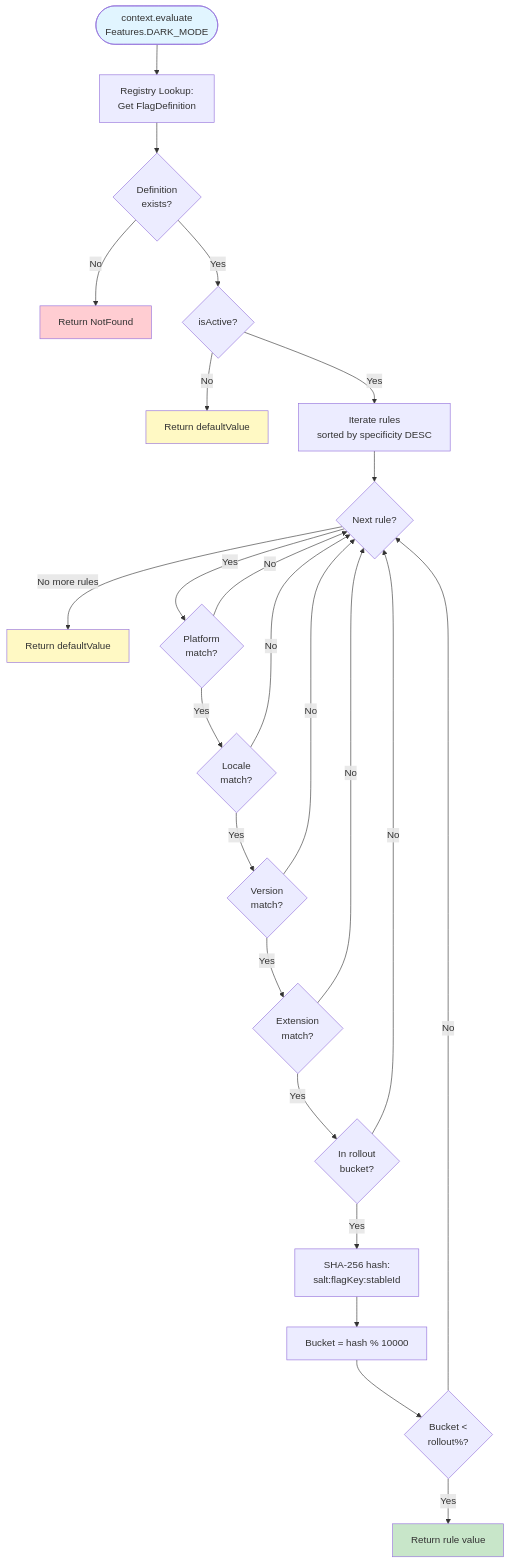
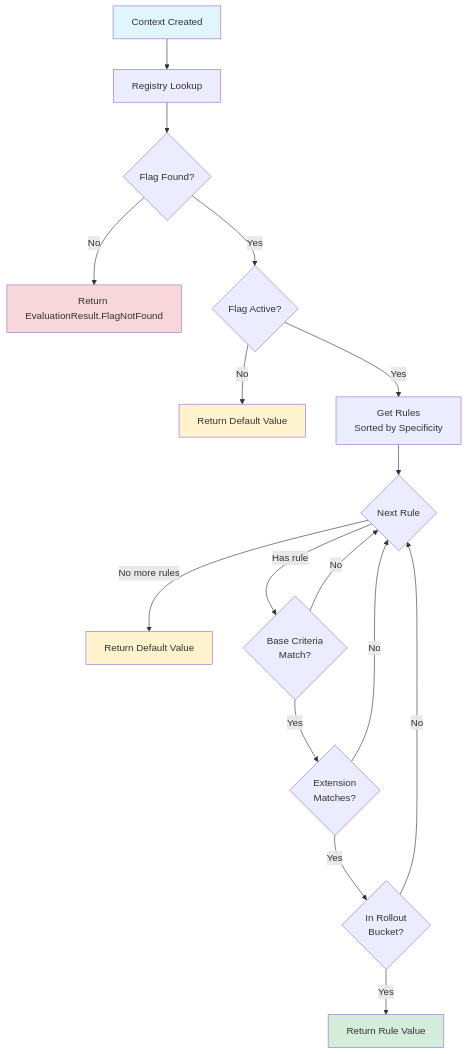
Before and after one commit to amichne/konditional: the first of 2 diagrams in docs/Evaluation.md, drawn with Mermaid. The commit also changed other lines of this file and 18 other files, not shown here.

````diff
--- a/docs/Evaluation.md
+++ b/docs/Evaluation.md
@@ -10,35 +136,28 @@
 ```mermaid
 flowchart TD
-    Start([context.evaluate<br/>Features.DARK_MODE]) --> Lookup[Registry Lookup:<br/>Get FlagDefinition]
-    Lookup --> CheckNull{Definition<br/>exists?}
-    CheckNull -->|No| NotFound[Return NotFound]
-    CheckNull -->|Yes| CheckActive{isActive?}
-    CheckActive -->|No| ReturnDefault1[Return defaultValue]
-    CheckActive -->|Yes| IterateRules[Iterate rules<br/>sorted by specificity DESC]
+    Start[Context Created] --> Lookup[Registry Lookup]
+    Lookup --> Found{Flag Found?}
+    Found -->|No| NotFound[Return EvaluationResult.FlagNotFound]
+    Found -->|Yes| Active{Flag Active?}
+    Active -->|No| Default1[Return Default Value]
+    Active -->|Yes| Rules[Get Rules<br/>Sorted by Specificity]
 
-    IterateRules --> RuleCheck{Next rule?}
-    RuleCheck -->|No more rules| ReturnDefault2[Return defaultValue]
-    RuleCheck -->|Yes| PlatformCheck{Platform<br/>match?}
+    Rules --> NextRule{Next Rule}
+    NextRule -->|No more rules| Default2[Return Default Value]
+    NextRule -->|Has rule| MatchBase{Base Criteria<br/>Match?}
 
-    PlatformCheck -->|No| RuleCheck
-    PlatformCheck -->|Yes| LocaleCheck{Locale<br/>match?}
-    LocaleCheck -->|No| RuleCheck
-    LocaleCheck -->|Yes| VersionCheck{Version<br/>match?}
-    VersionCheck -->|No| RuleCheck
-    VersionCheck -->|Yes| ExtensionCheck{Extension<br/>match?}
-    ExtensionCheck -->|No| RuleCheck
-    ExtensionCheck -->|Yes| RolloutCheck{In rollout<br/>bucket?}
+    MatchBase -->|No| NextRule
+    MatchBase -->|Yes| MatchExt{Extension<br/>Matches?}
 
-    RolloutCheck -->|No| RuleCheck
-    RolloutCheck -->|Yes| Hash[SHA-256 hash:<br/>salt:flagKey:stableId]
-    Hash --> Bucket[Bucket = hash % 10000]
-    Bucket --> Compare{Bucket <<br/>rollout%?}
-    Compare -->|No| RuleCheck
-    Compare -->|Yes| ReturnValue[Return rule value]
+    MatchExt -->|No| NextRule
+    MatchExt -->|Yes| Rollout{In Rollout<br/>Bucket?}
+
+    Rollout -->|No| NextRule
+    Rollout -->|Yes| ReturnValue[Return Rule Value]
 
     style Start fill:#e1f5ff
-    style ReturnValue fill:#c8e6c9
-    style ReturnDefault1 fill:#fff9c4
-    style ReturnDefault2 fill:#fff9c4
-    style NotFound fill:#ffcdd2
+    style ReturnValue fill:#d4edda
+    style Default1 fill:#fff3cd
+    style Default2 fill:#fff3cd
+    style NotFound fill:#f8d7da
 ```
````
